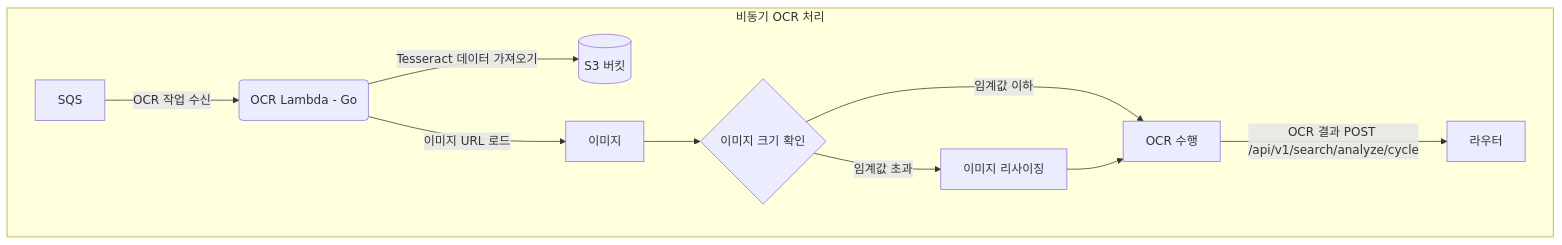
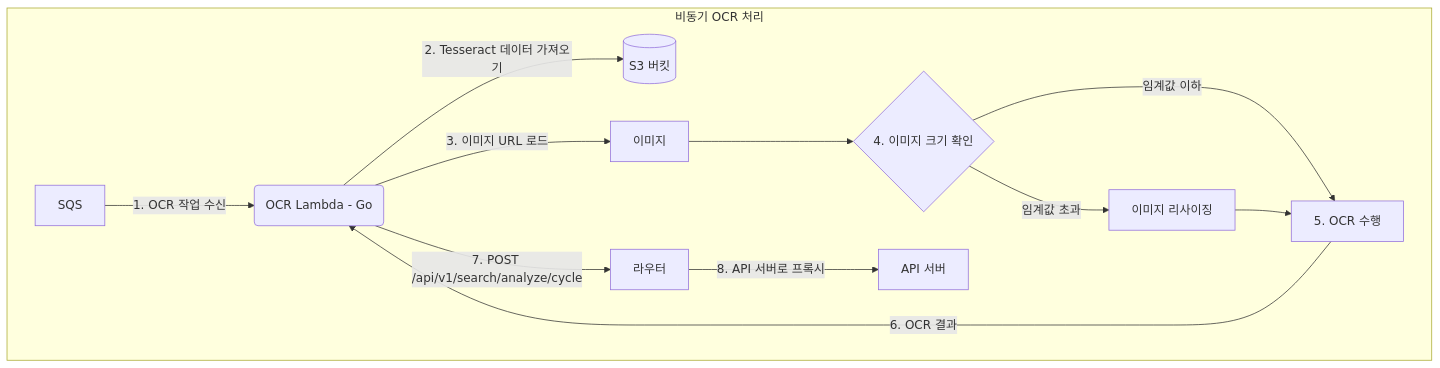
One commit to ndns-dev/.github changed the third of 4 diagrams in profile/README.md. Above: the diagram before and after it, drawn with Mermaid. The commit also changed other lines of this file, not shown here.

````diff
--- a/profile/README.md
+++ b/profile/README.md
@@ -76,13 +83,15 @@
 ```mermaid
 graph TD
     subgraph "비동기 OCR 처리"
-        A[SQS] -- "OCR 작업 수신" --> B(OCR Lambda - Go);
-        B -- "Tesseract 데이터 가져오기" --> S3[(S3 버킷)];
-        B -- "이미지 URL 로드" --> Image[이미지];
-        Image --> Size_Check{이미지 크기 확인};
+        A[SQS] -- "1. OCR 작업 수신" --> B(OCR Lambda - Go);
+        B -- "2. Tesseract 데이터 가져오기" --> S3[(S3 버킷)];
+        B -- "3. 이미지 URL 로드" --> Image[이미지];
+        Image --> Size_Check{4. 이미지 크기 확인};
         Size_Check -- "임계값 초과" --> Resize[이미지 리사이징];
-        Size_Check -- "임계값 이하" --> Perform_OCR[OCR 수행];
+        Size_Check -- "임계값 이하" --> Perform_OCR[5. OCR 수행];
         Resize --> Perform_OCR;
-        Perform_OCR -- "OCR 결과 POST /api/v1/search/analyze/cycle" --> 라우터;
+        Perform_OCR -- "6. OCR 결과" --> B;
+        B -- "7. POST /api/v1/search/analyze/cycle" --> 라우터;
+        라우터 -- "8. API 서버로 프록시" --> API_서버[API 서버];
     end
 ```
````
